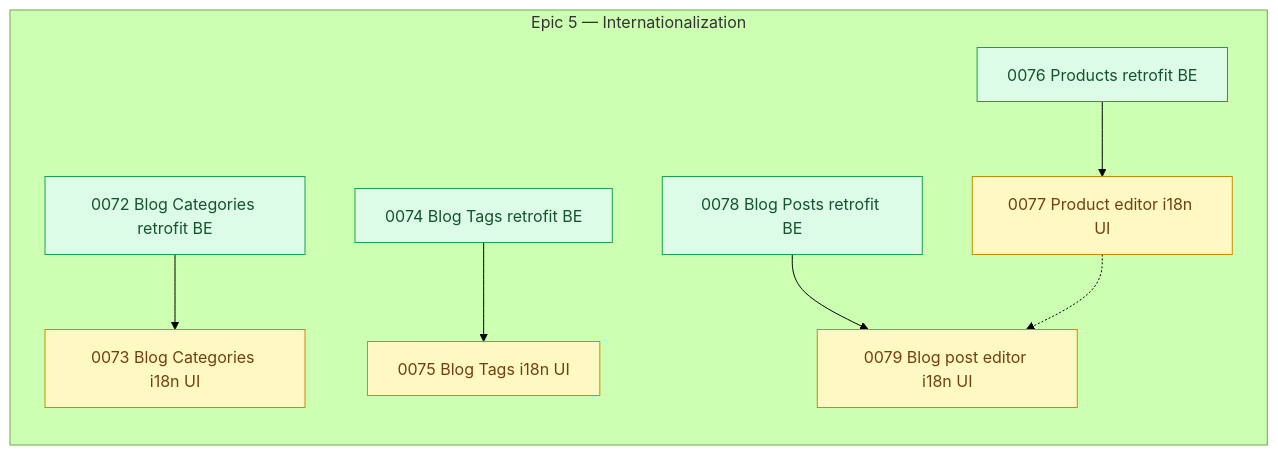
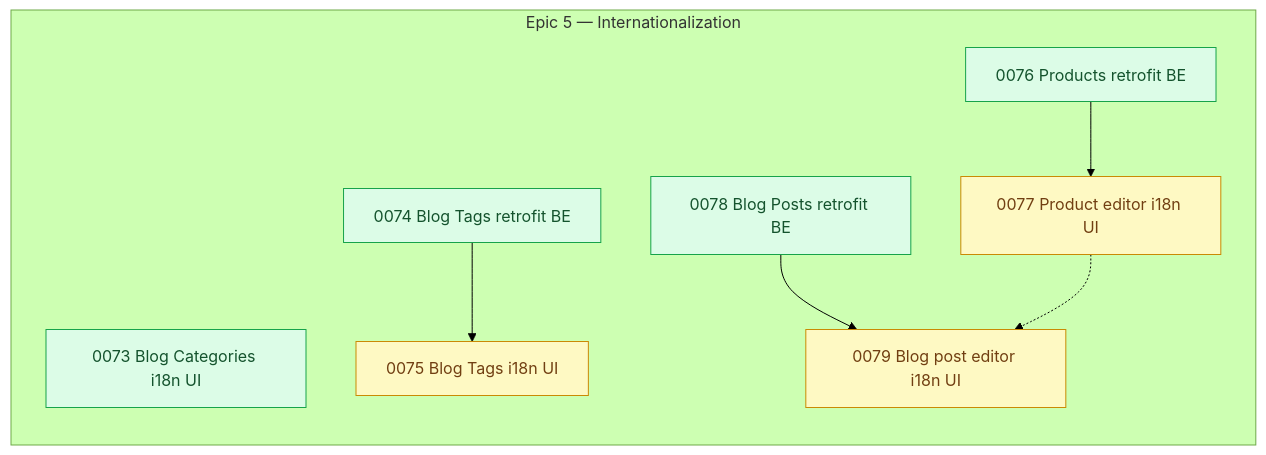
The diagram in arospe/ai-spec/tasks-map.md (shojen/AI4Devs-finalproject), drawn with Mermaid (forest theme) before and after one commit. The commit also changed other lines of this file and 6 other files, not shown here.

````diff
--- a/arospe/ai-spec/tasks-map.md
+++ b/arospe/ai-spec/tasks-map.md
@@ -525,7 +529,6 @@
 
     subgraph PEND_I18N["Epic 5 — Internationalization"]
         direction TB
-        P0072["0072 Blog Categories retrofit BE"]
         P0073["0073 Blog Categories i18n UI"]
         P0074["0074 Blog Tags retrofit BE"]
         P0075["0075 Blog Tags i18n UI"]
@@ -596,7 +599,7 @@
     %% other pending deps. 0066 and 0070 closed on separate branches and are reconciled together by
     %% this merge -- neither removal supersedes the other.)
     %% (P0067 -.-> P0069 dropped: 0067 closed to done/ 2026-10-02, the fourth Epic 5 story to close; its node and the conflict edge are removed.)
-    P0072 --> P0073
+    %% (P0072 --> P0073 dropped: 0072 closed to done/ 2026-10-07; 0073 is now ready.)
     P0074 --> P0075
     P0076 --> P0077
     P0078 --> P0079
@@ -605,7 +608,7 @@
     %% (P0084 --> P0085 dropped: 0084 is done; 0085 is done too.)
     %% (P0083 -.-> P0085 and P0083 --> P0086 dropped: 0083 is done; 0086 is now ready.)
 
-    class P0073,P0075,P0077,P0079 pending;
-    class P0072,P0074,P0076,P0078 ready;
+    class P0075,P0077,P0079 pending;
+    class P0073,P0074,P0076,P0078 ready;
     %% (P0071 --> P0073/P0075/P0079 dropped: 0071 closed to done/ 2026-10-07.)
 ```
````
